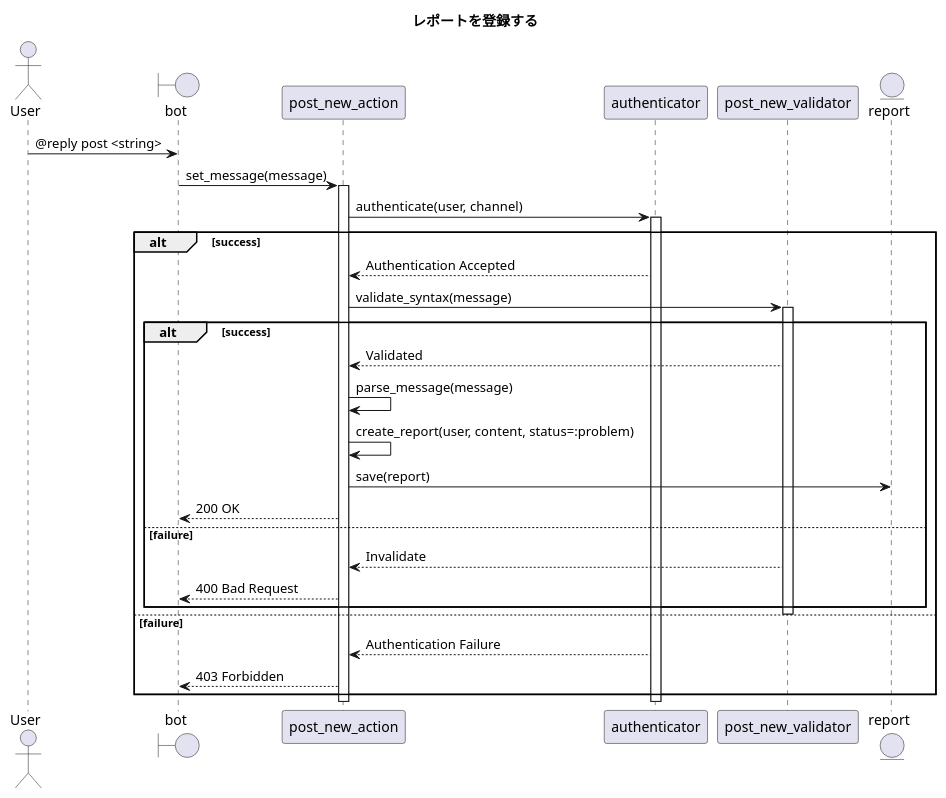
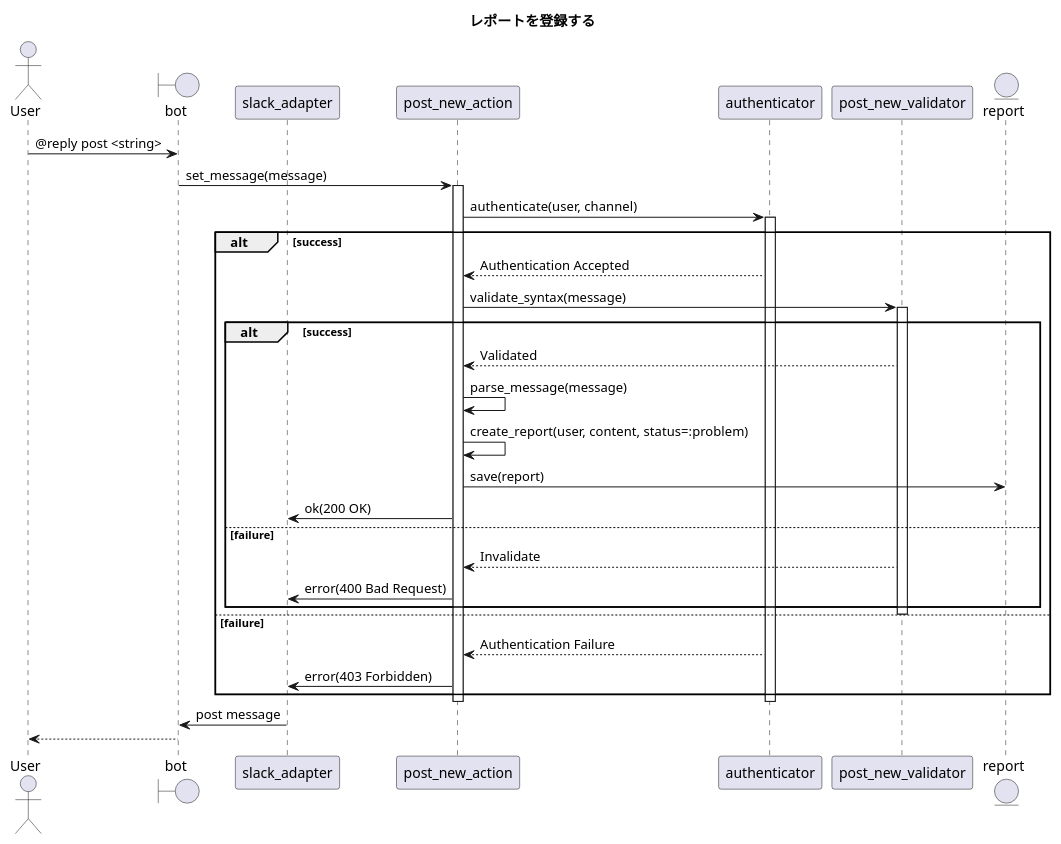
Before and after one commit to ito-masam/kpt-guard.doc: the diagram in 1.design/5.sequences/post-report-new.md, drawn with PlantUML. The commit also changed 3 other files, not shown here.

```diff
--- a/1.design/5.sequences/post-report-new.md
+++ b/1.design/5.sequences/post-report-new.md
@@ -1,43 +1,46 @@
 @startuml
 
     ' ----------- meta
     title レポートを登録する
 
     actor User
     boundary bot
+    participant slack_adapter
     participant post_new_action
     participant authenticator
     participant post_new_validator
     entity report
 
     ' ----------- main
     User -> bot : @reply post <string>
     bot -> post_new_action : set_message(message)
     activate post_new_action
       post_new_action -> authenticator : authenticate(user, channel)
       activate authenticator
         alt success
           authenticator --> post_new_action : Authentication Accepted
           post_new_action -> post_new_validator : validate_syntax(message)
           activate post_new_validator
             alt success
               post_new_validator --> post_new_action : Validated
               post_new_action -> post_new_action : parse_message(message)
               post_new_action -> post_new_action : create_report(user, content, status=:problem)
               post_new_action -> report : save(report)
-              post_new_action --> bot : 200 OK
+              post_new_action -> slack_adapter : ok(200 OK)
             else failure
               ' ----------- alternative
               post_new_validator --> post_new_action : Invalidate
-              post_new_action --> bot : 400 Bad Request
+              post_new_action -> slack_adapter : error(400 Bad Request)
             end
           deactivate post_new_validator
         else failure
           ' ----------- alternative
           authenticator --> post_new_action : Authentication Failure
-          post_new_action --> bot : 403 Forbidden
+          post_new_action -> slack_adapter : error(403 Forbidden)
         end
       deactivate authenticator
     deactivate post_new_action
+    slack_adapter -> bot : post message
+    bot --> User
 
 @enduml
```
